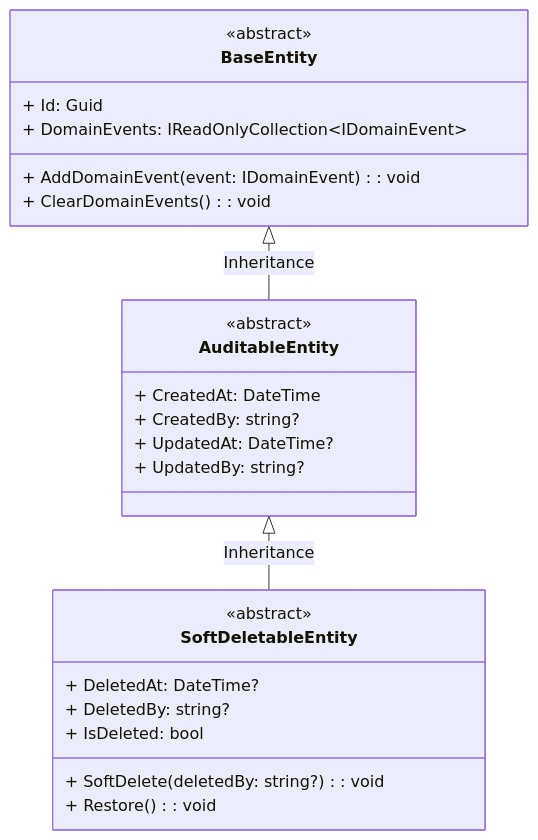
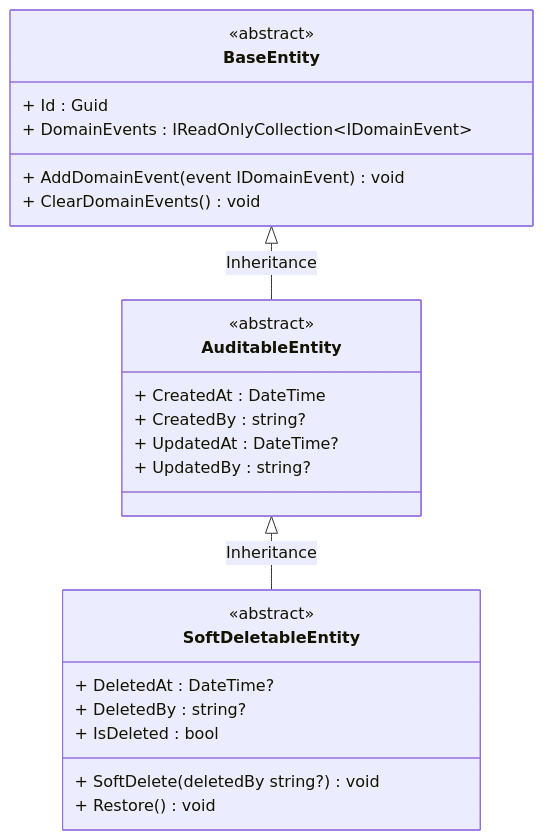
The second of 33 diagrams in docs/BusinessRule/CLASS_DIAGRAMS.md (Capstonne-Project/greenlens-service), drawn with Mermaid before and after one commit. The commit also changed other lines of this file and 3 other files, not shown here.

Commit message:
chore(docs): class diagram flow use case

````diff
--- a/docs/BusinessRule/CLASS_DIAGRAMS.md
+++ b/docs/BusinessRule/CLASS_DIAGRAMS.md
@@ -55,30 +58,30 @@
 ```mermaid
 classDiagram
     class BaseEntity {
         <<abstract>>
-        + Id: Guid
-        + DomainEvents: IReadOnlyCollection~IDomainEvent~
-        + AddDomainEvent(event: IDomainEvent): void
-        + ClearDomainEvents(): void
+        + Id : Guid
+        + DomainEvents : IReadOnlyCollection~IDomainEvent~
+        + AddDomainEvent(event IDomainEvent) void
+        + ClearDomainEvents() void
     }
 
     class AuditableEntity {
         <<abstract>>
-        + CreatedAt: DateTime
-        + CreatedBy: string?
-        + UpdatedAt: DateTime?
-        + UpdatedBy: string?
+        + CreatedAt : DateTime
+        + CreatedBy : string?
+        + UpdatedAt : DateTime?
+        + UpdatedBy : string?
     }
 
     class SoftDeletableEntity {
         <<abstract>>
-        + DeletedAt: DateTime?
-        + DeletedBy: string?
-        + IsDeleted: bool
-        + SoftDelete(deletedBy: string?): void
-        + Restore(): void
+        + DeletedAt : DateTime?
+        + DeletedBy : string?
+        + IsDeleted : bool
+        + SoftDelete(deletedBy string?) void
+        + Restore() void
     }
 
     BaseEntity <|-- AuditableEntity : Inheritance
     AuditableEntity <|-- SoftDeletableEntity : Inheritance
 ```
````
